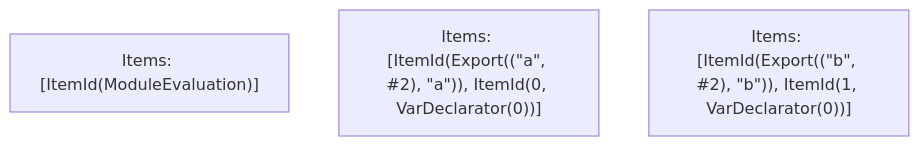
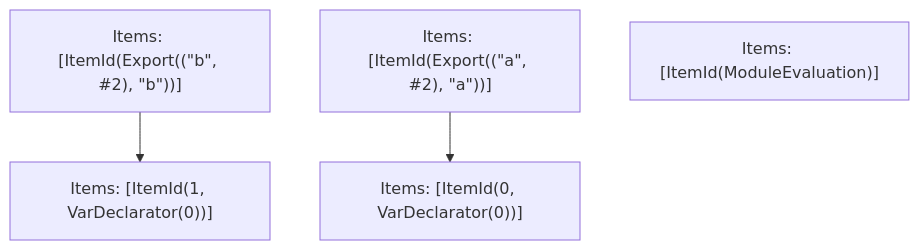
The fifth of 5 diagrams in crates/turbopack-ecmascript/tests/tree-shaker/analyzer/simple-vars-1/output.md (vercel/turborepo), drawn with Mermaid before and after one commit. The commit also changed other lines of this file and 72 other files, not shown here.

````diff
--- a/crates/turbopack-ecmascript/tests/tree-shaker/analyzer/simple-vars-1/output.md
+++ b/crates/turbopack-ecmascript/tests/tree-shaker/analyzer/simple-vars-1/output.md
@@ -80,6 +80,10 @@
 ```mermaid
 graph TD
-    N0["Items: [ItemId(ModuleEvaluation)]"];
-    N1["Items: [ItemId(Export((&quot;a&quot;, #2), &quot;a&quot;)), ItemId(0, VarDeclarator(0))]"];
-    N2["Items: [ItemId(Export((&quot;b&quot;, #2), &quot;b&quot;)), ItemId(1, VarDeclarator(0))]"];
+    N0["Items: [ItemId(1, VarDeclarator(0))]"];
+    N1["Items: [ItemId(Export((&quot;b&quot;, #2), &quot;b&quot;))]"];
+    N2["Items: [ItemId(0, VarDeclarator(0))]"];
+    N3["Items: [ItemId(Export((&quot;a&quot;, #2), &quot;a&quot;))]"];
+    N4["Items: [ItemId(ModuleEvaluation)]"];
+    N3 --> N2;
+    N1 --> N0;
 ```
````
